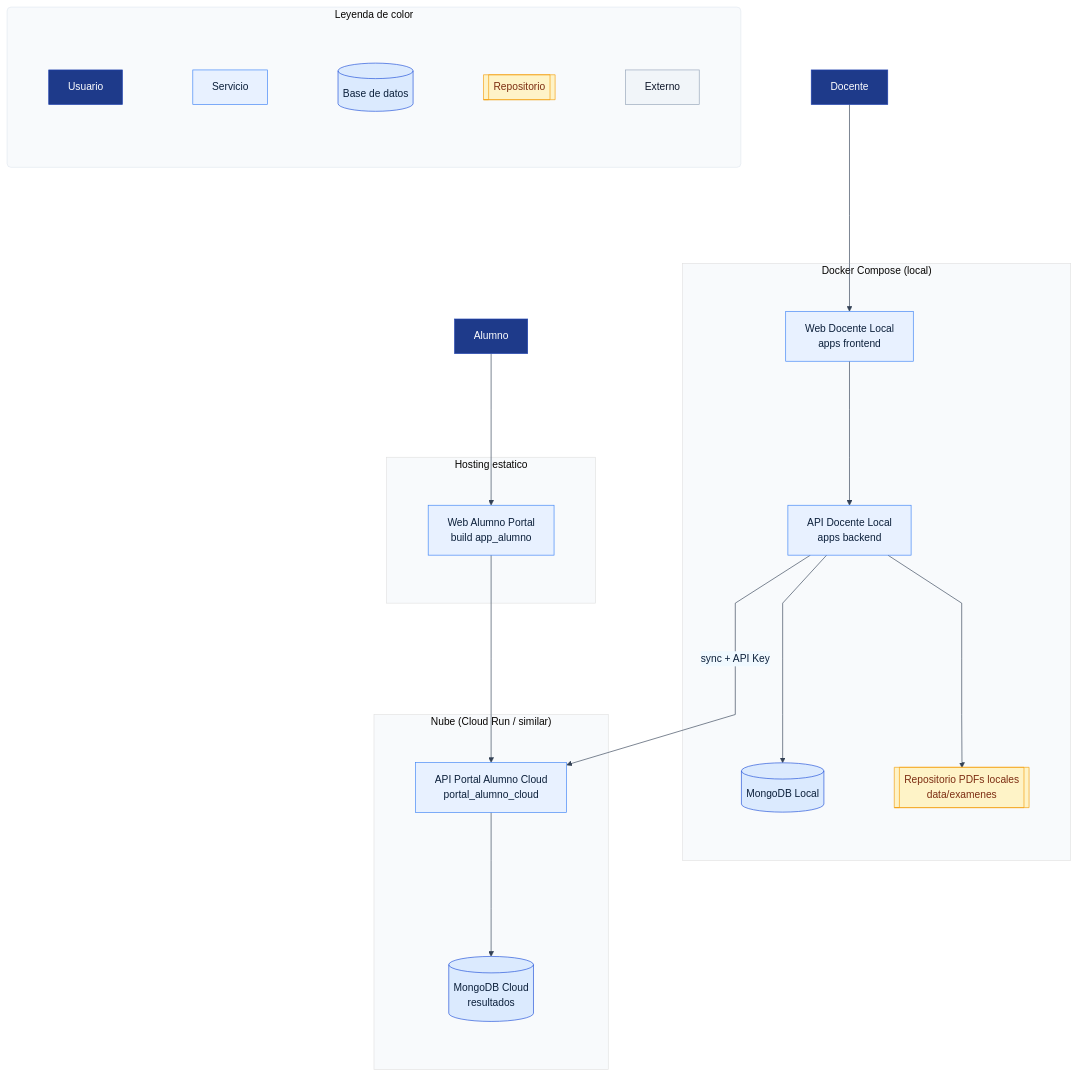
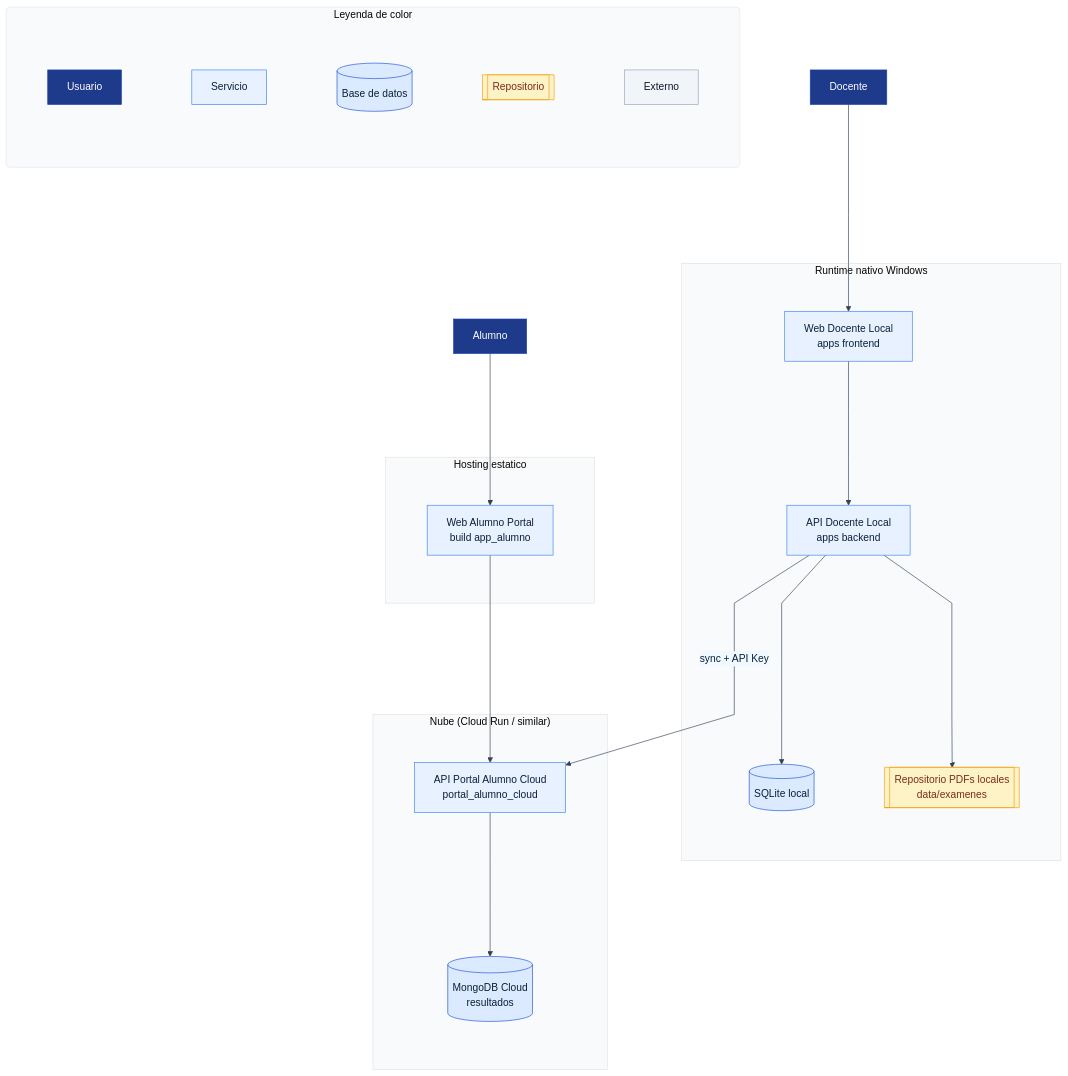
One commit to Dtcsrni/EvaluaPro_Sistema_Universitario changed the diagram in docs/diagramas/src/arquitectura/arquitectura-despliegue.mmd. Above: the diagram before and after it, drawn with Mermaid. The commit also changed 27 other files, not shown here.

Commit message:
fix(docente): use native Windows and SQLite runtime (#125)

```diff
--- a/docs/diagramas/src/arquitectura/arquitectura-despliegue.mmd
+++ b/docs/diagramas/src/arquitectura/arquitectura-despliegue.mmd
@@ -1,55 +1,55 @@
 %%{init: {"theme":"base","fontFamily":"Segoe UI, Arial, sans-serif","fontSize":22,"themeVariables":{"fontFamily":"Segoe UI, Arial, sans-serif","fontSize":22,"primaryColor":"#e8f1ff","primaryBorderColor":"#3b82f6","primaryTextColor":"#0b1f3a","secondaryColor":"#f0f9ff","tertiaryColor":"#f8fafc","lineColor":"#334155","textColor":"#0f172a","noteBkgColor":"#fff7cc","noteTextColor":"#713f12","noteBorderColor":"#eab308","actorBkg":"#1e3a8a","actorBorder":"#1e40af","actorTextColor":"#ffffff","labelBoxBkgColor":"#e8f1ff","labelBoxBorderColor":"#3b82f6","labelTextColor":"#0b1f3a"},"flowchart":{"curve":"linear","nodeSpacing":110,"rankSpacing":150},"sequence":{"actorMargin":70,"messageMargin":45}}}%%
 %% AUTO:START system_model
 %% Generado por scripts/diagramas.mjs (no editar este bloque)
 %% Backend:
 %% - prefijo: /api
 %% - montajes publicos: /autenticacion, /comercial-publico, /evaluaciones-publicas, /integraciones/classroom, /salud
 %% - montajes protegidos: /admin, /admin-negocio, /alumnos, /analiticas, /asistencias, /banco-preguntas, /calificaciones, /comercial, /compliance, /entregas, /evaluaciones, /examenes, /hidratacion-cursos, /integraciones/classroom, /listas-institucionales, /omr, /papelera, /periodos, /recuperacion, /sincronizaciones, /temarios
 %% Portal alumno cloud:
 %% - prefijo: /api/portal
 %% - GET: /agenda, /avisos, /examen/:folio, /historial, /materias, /metrics, /perfil, /resultados, /resultados/:folio, /salud, /salud/live, /salud/ready, /version
 %% - POST: /eventos-uso, /ingresar, /limpiar, /sincronizacion-docente/pull, /sincronizacion-docente/push, /sincronizacion-docente/solicitudes-revision/pull, /sincronizacion-docente/solicitudes-revision/update, /sincronizar, /solicitudes-revision, /solicitudes-revision/conformidad
 %% AUTO:END system_model
 flowchart TB
     classDef user fill:#1e3a8a,stroke:#1e40af,color:#ffffff;
     classDef svc fill:#e8f1ff,stroke:#3b82f6,color:#0b1f3a;
     classDef db fill:#dbeafe,stroke:#1d4ed8,color:#0b1f3a;
     classDef repo fill:#fef3c7,stroke:#f59e0b,color:#7c2d12;
     classDef ext fill:#f1f5f9,stroke:#94a3b8,color:#0f172a;
 
-  subgraph Docker["Docker Compose (local)"]
-    mongo_local[(MongoDB Local)]:::db
+  subgraph DocenteLocal["Runtime nativo Windows"]
+    sqlite_local[(SQLite local)]:::db
     api_docente_local[API Docente Local<br/>apps backend]:::svc
     web_docente_local[Web Docente Local<br/>apps frontend]:::svc
     pdf_local[[Repositorio PDFs locales<br/>data/examenes]]:::repo
   end
 
   docente[Docente]:::user --> web_docente_local
   web_docente_local --> api_docente_local
-  api_docente_local --> mongo_local
+  api_docente_local --> sqlite_local
   api_docente_local --> pdf_local
 
   subgraph CloudRun["Nube (Cloud Run / similar)"]
     portal_api[API Portal Alumno Cloud<br/>portal_alumno_cloud]:::svc
     mongo_cloud[(MongoDB Cloud<br/>resultados)]:::db
   end
 
   subgraph Static["Hosting estatico"]
     web_alumno[Web Alumno Portal<br/>build app_alumno]:::svc
   end
 
   alumno[Alumno]:::user --> web_alumno
   web_alumno --> portal_api
   api_docente_local -->|sync + API Key| portal_api
   portal_api --> mongo_cloud
 
 %% LEYENDA_COLOR
   subgraph Leyenda["Leyenda de color"]
     direction TB
     lgUser[Usuario]:::user
     lgSvc[Servicio]:::svc
     lgDb[(Base de datos)]:::db
     lgRepo[[Repositorio]]:::repo
     lgExt[Externo]:::ext
   end
   style Leyenda fill:#f8fafc,stroke:#e2e8f0,stroke-width:1px,rx:6,ry:6
```
